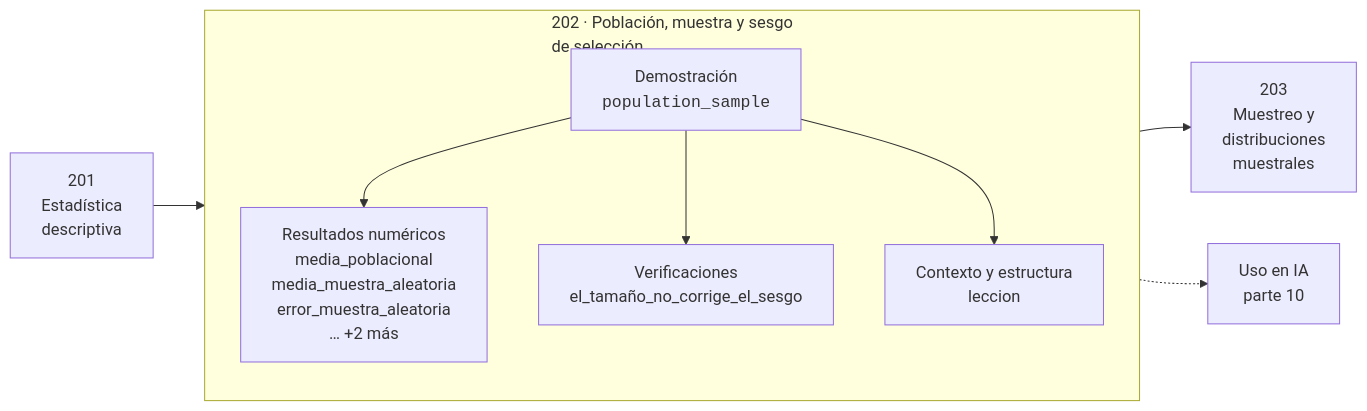
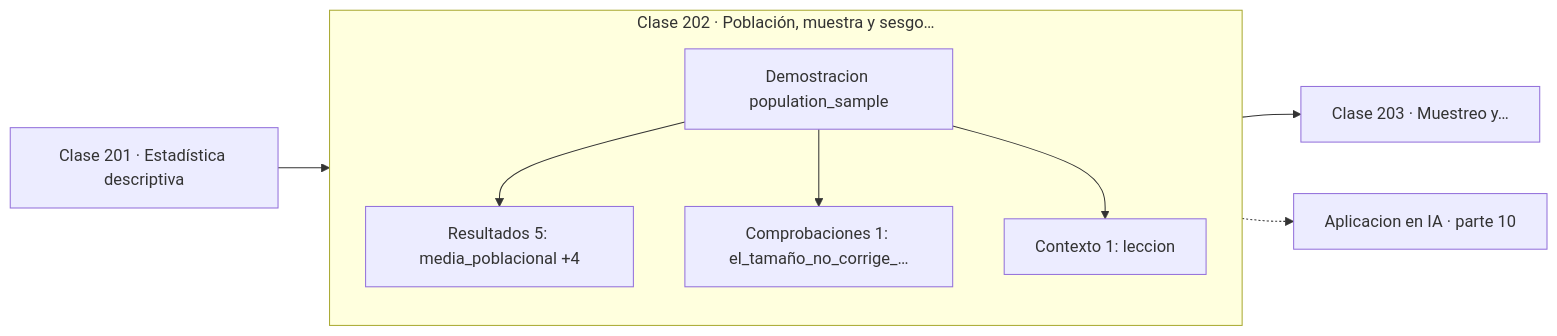
Before and after one commit to vladimiracunadev-create/computational-mathematics-program: the diagram in classes/part-10-estadistica-e-inferencia/202-poblacion-muestra-y-sesgo-de-seleccion/README.md, drawn with Mermaid. The commit also changed 389 other files, not shown here.

First line of the commit message:
fix(diagramas): elimina el HTML de las etiquetas Mermaid

````diff
--- a/classes/part-10-estadistica-e-inferencia/202-poblacion-muestra-y-sesgo-de-seleccion/README.md
+++ b/classes/part-10-estadistica-e-inferencia/202-poblacion-muestra-y-sesgo-de-seleccion/README.md
@@ -30,12 +30,13 @@
 ```mermaid
 flowchart LR
-    P["201<br/>Estadística<br/>descriptiva"] --> C
-    subgraph C["202 · Población, muestra y sesgo<br/>de selección"]
+    P["Clase 201 · Estadística descriptiva"] --> D
+    subgraph CLASE["Clase 202 · Población, muestra y sesgo…"]
         direction TB
-        D["Demostración<br/><code>population_sample</code>"] --> R["Resultados numéricos<br/>media_poblacional<br/>media_muestra_aleatoria<br/>error_muestra_aleatoria<br/>… +2 más"]
-        D --> V["Verificaciones<br/>el_tamaño_no_corrige_el_sesgo"]
-        D --> O["Contexto y estructura<br/>leccion"]
+        D["Demostracion population_sample"]
+        D --> R["Resultados 5: media_poblacional +4"]
+        D --> V["Comprobaciones 1: el_tamaño_no_corrige_…"]
+        D --> O["Contexto 1: leccion"]
     end
-    C --> N["203<br/>Muestreo y<br/>distribuciones<br/>muestrales"]
-    C -.-> IA["Uso en IA<br/>parte 10"]
+    R --> N["Clase 203 · Muestreo y…"]
+    V -.-> IA["Aplicacion en IA · parte 10"]
 ```
````
